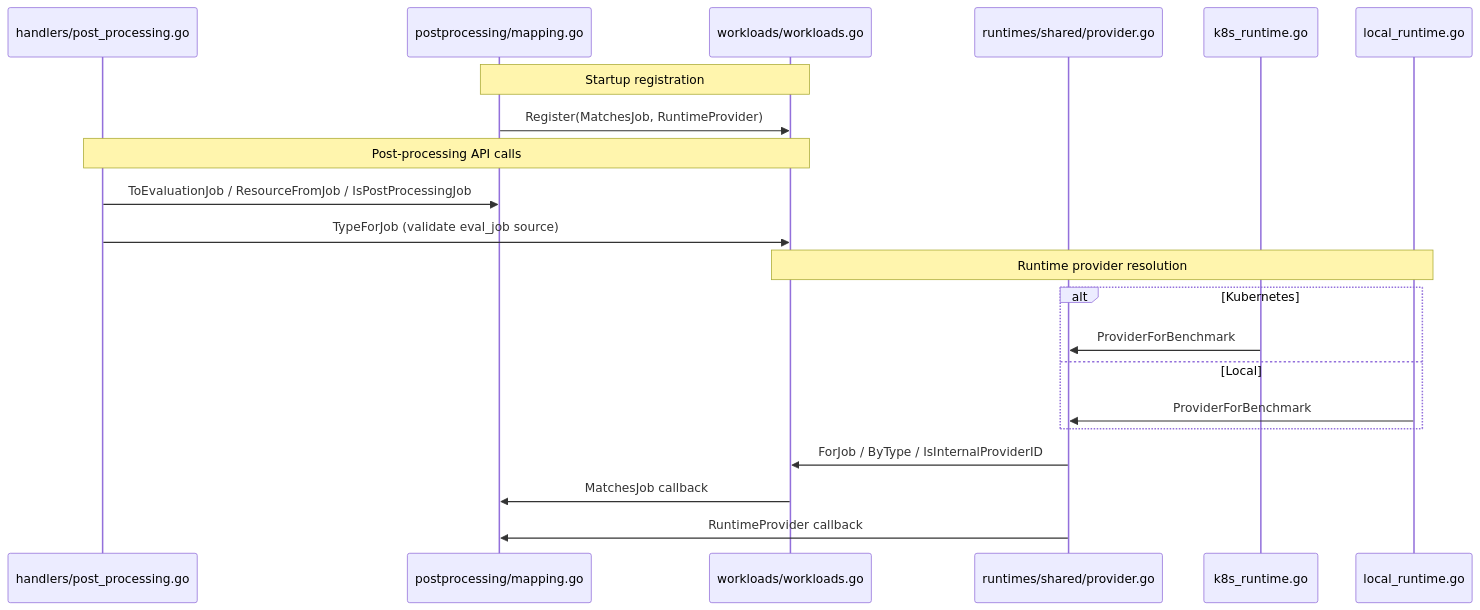
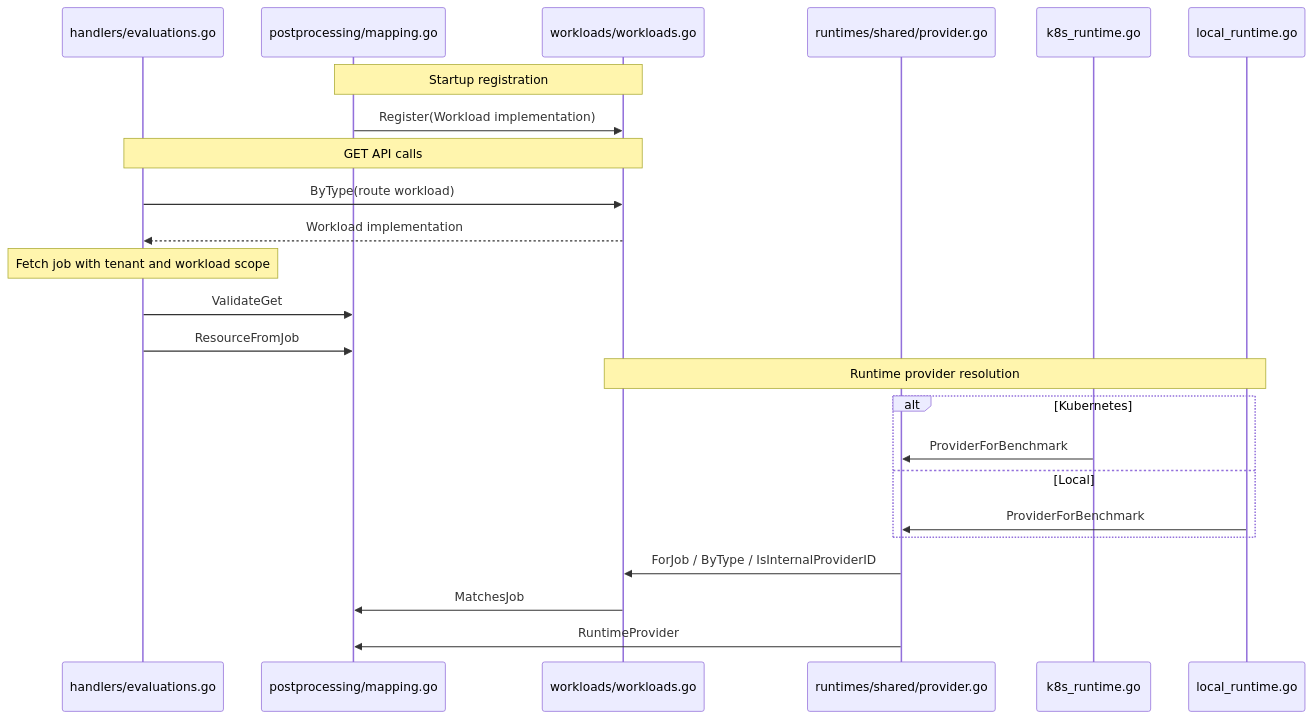
Before and after one commit to eval-hub/eval-hub: the second of 2 diagrams in ARCHITECTURE.md, drawn with Mermaid. The commit also changed other lines of this file and 18 other files, not shown here.

First line of the commit message:
feat(api): implement GET through registered workloads

````diff
--- a/ARCHITECTURE.md
+++ b/ARCHITECTURE.md
@@ -110,24 +117,27 @@
 ```mermaid
 sequenceDiagram
-    participant H as handlers/post_processing.go
+    participant H as handlers/evaluations.go
     participant M as postprocessing/mapping.go
     participant W as workloads/workloads.go
     participant S as runtimes/shared/provider.go
     participant K as k8s_runtime.go
     participant L as local_runtime.go
 
     Note over M,W: Startup registration
-    M->>W: Register(MatchesJob, RuntimeProvider)
-    Note over H,W: Post-processing API calls
-    H->>M: ToEvaluationJob / ResourceFromJob / IsPostProcessingJob
-    H->>W: TypeForJob (validate eval_job source)
+    M->>W: Register(Workload implementation)
+    Note over H,W: GET API calls
+    H->>W: ByType(route workload)
+    W-->>H: Workload implementation
+    Note over H: Fetch job with tenant and workload scope
+    H->>M: ValidateGet
+    H->>M: ResourceFromJob
     Note over W,L: Runtime provider resolution
     alt Kubernetes
         K->>S: ProviderForBenchmark
     else Local
         L->>S: ProviderForBenchmark
     end
     S->>W: ForJob / ByType / IsInternalProviderID
-    W->>M: MatchesJob callback
-    S->>M: RuntimeProvider callback
+    W->>M: MatchesJob
+    S->>M: RuntimeProvider
 ```
````
